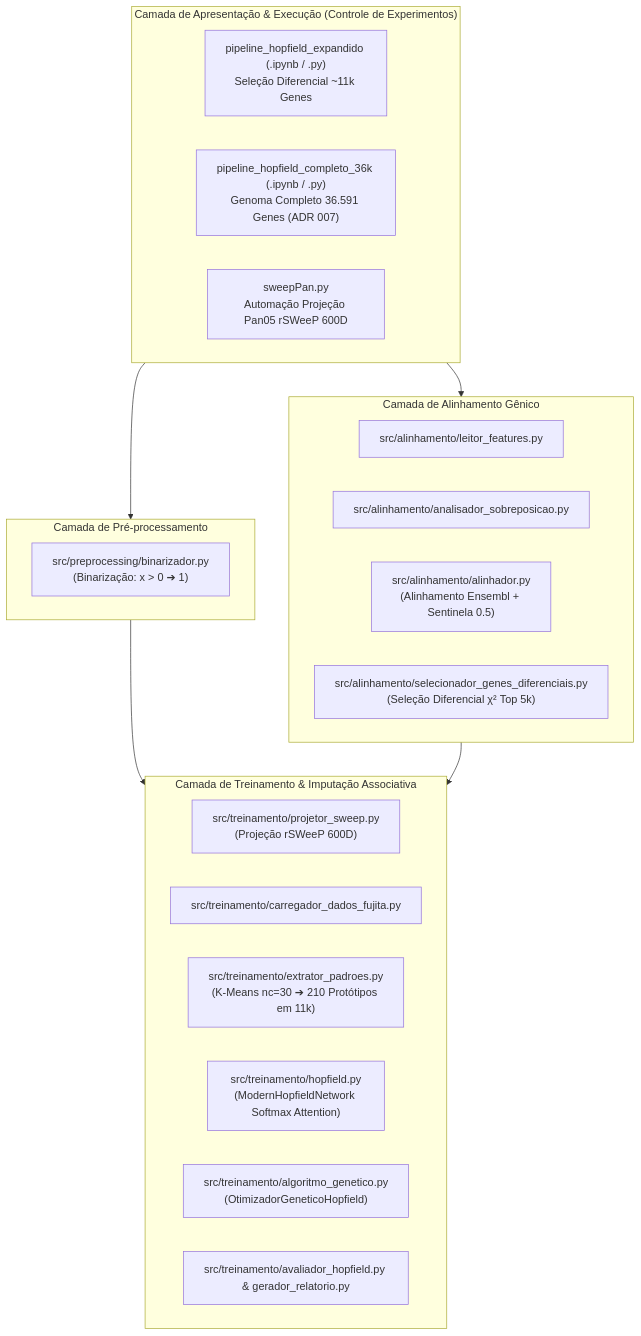
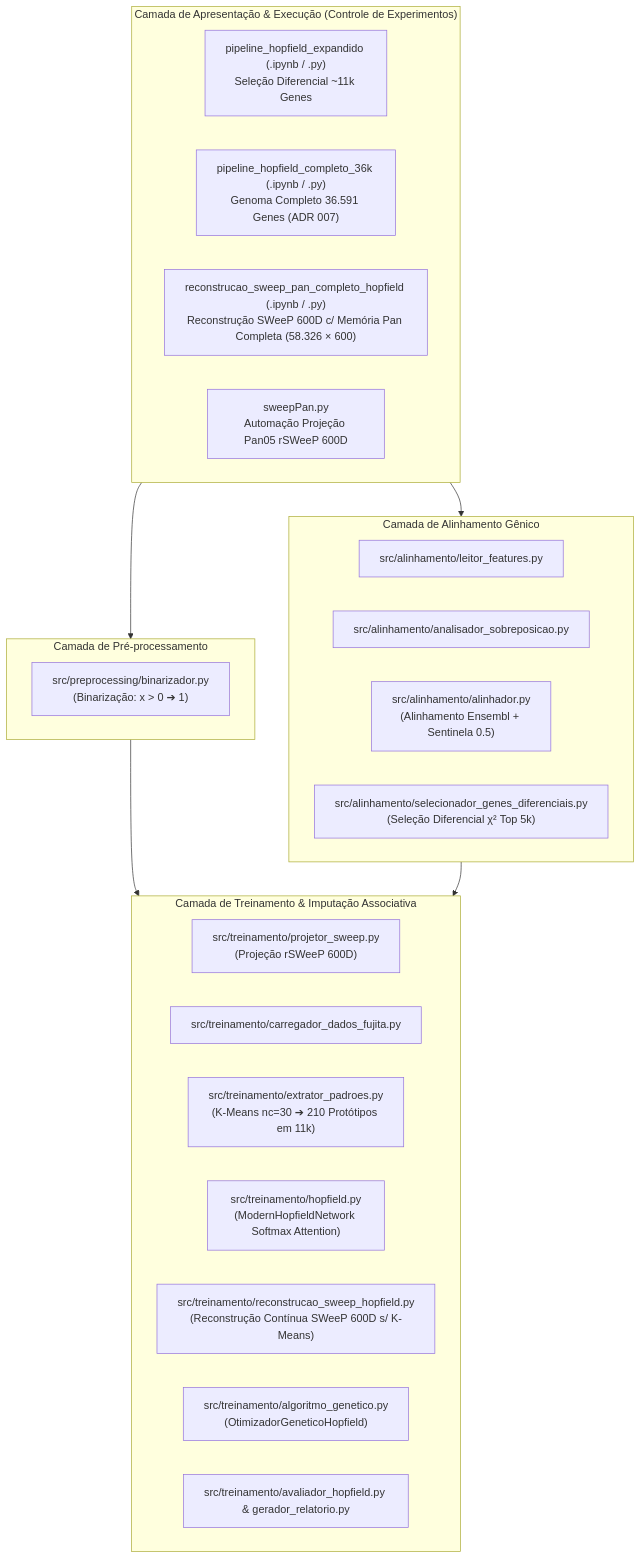
Before and after one commit to letdevx/pipiline_hopifield: the first of 2 diagrams in second_brain/01_Projetos/pipeline_hopfield_expandido/arquitetura_do_sistema.md, drawn with Mermaid. The commit also changed other lines of this file and 6 other files, not shown here.

Commit message:
feat(reconstrucao-sweep-pan-completo): implementa reconstrucao continua de vetores sweep 600d com memoria hopfield pan completa

````diff
--- a/second_brain/01_Projetos/pipeline_hopfield_expandido/arquitetura_do_sistema.md
+++ b/second_brain/01_Projetos/pipeline_hopfield_expandido/arquitetura_do_sistema.md
@@ -22,33 +22,35 @@
 ```mermaid
 graph TD
     subgraph Presentation["Camada de Apresentação & Execução (Controle de Experimentos)"]
         NB11K["pipeline_hopfield_expandido (.ipynb / .py)<br/>Seleção Diferencial ~11k Genes"]
         NB36K["pipeline_hopfield_completo_36k (.ipynb / .py)<br/>Genoma Completo 36.591 Genes (ADR 007)"]
+        NBSWEEP["reconstrucao_sweep_pan_completo_hopfield (.ipynb / .py)<br/>Reconstrução SWeeP 600D c/ Memória Pan Completa (58.326 × 600)"]
         SWPAN["sweepPan.py<br/>Automação Projeção Pan05 rSWeeP 600D"]
     end
 
     subgraph Preprocessing["Camada de Pré-processamento"]
         BIN["src/preprocessing/binarizador.py<br/>(Binarização: x > 0 ➔ 1)"]
     end
 
     subgraph Alignment["Camada de Alinhamento Gênico"]
         LEIT["src/alinhamento/leitor_features.py"]
         SOBR["src/alinhamento/analisador_sobreposicao.py"]
         ALIN["src/alinhamento/alinhador.py<br/>(Alinhamento Ensembl + Sentinela 0.5)"]
         SELE["src/alinhamento/selecionador_genes_diferenciais.py<br/>(Seleção Diferencial χ² Top 5k)"]
     end
 
     subgraph Training["Camada de Treinamento & Imputação Associativa"]
         PROJ["src/treinamento/projetor_sweep.py<br/>(Projeção rSWeeP 600D)"]
         CARR["src/treinamento/carregador_dados_fujita.py"]
         EXTR["src/treinamento/extrator_padroes.py<br/>(K-Means nc=30 ➔ 210 Protótipos em 11k)"]
         HOPF["src/treinamento/hopfield.py<br/>(ModernHopfieldNetwork Softmax Attention)"]
+        RECSWP["src/treinamento/reconstrucao_sweep_hopfield.py<br/>(Reconstrução Contínua SWeeP 600D s/ K-Means)"]
         GA["src/treinamento/algoritmo_genetico.py<br/>(OtimizadorGeneticoHopfield)"]
         EVAL["src/treinamento/avaliador_hopfield.py & gerador_relatorio.py"]
     end
 
     Presentation --> Preprocessing
     Presentation --> Alignment
     Preprocessing --> Training
     Alignment --> Training
 ```
````
